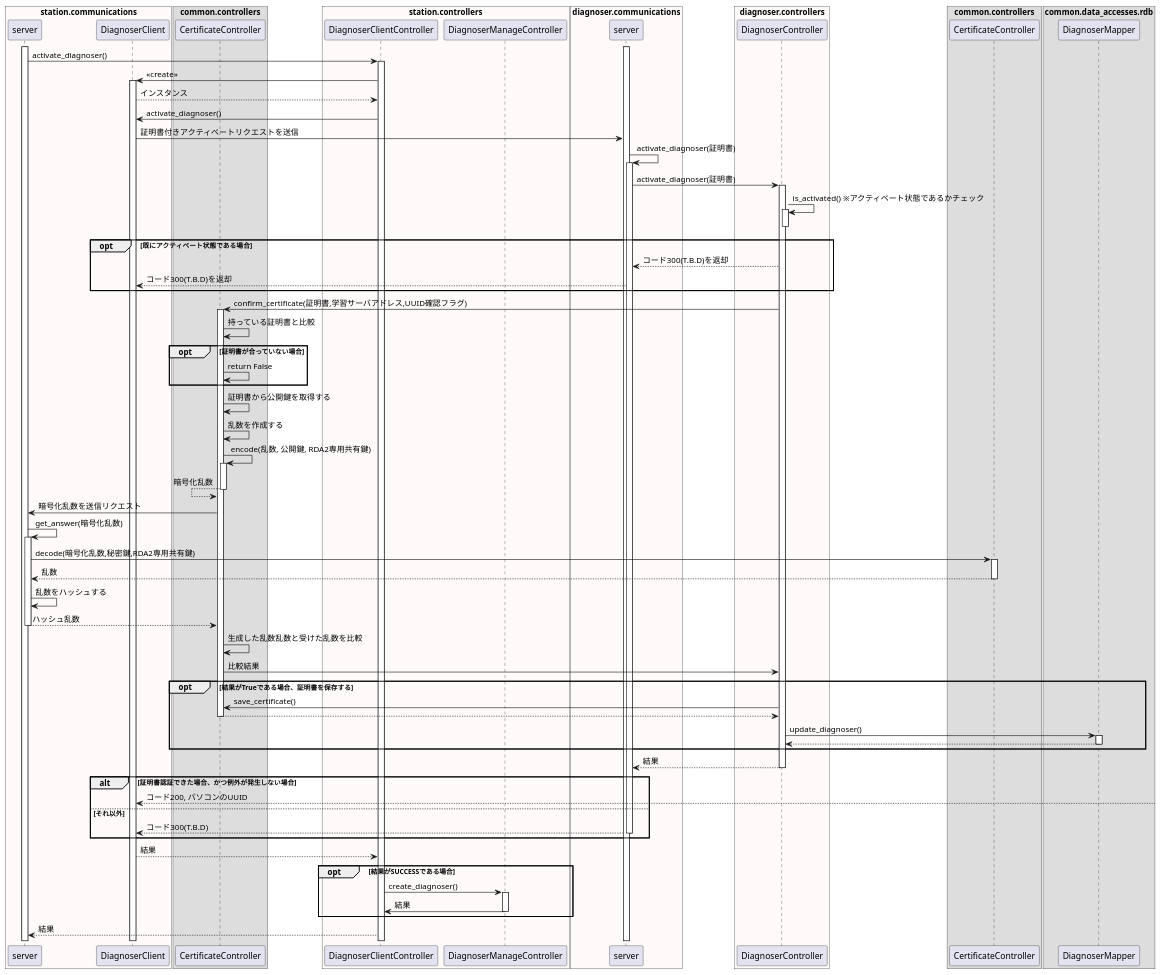
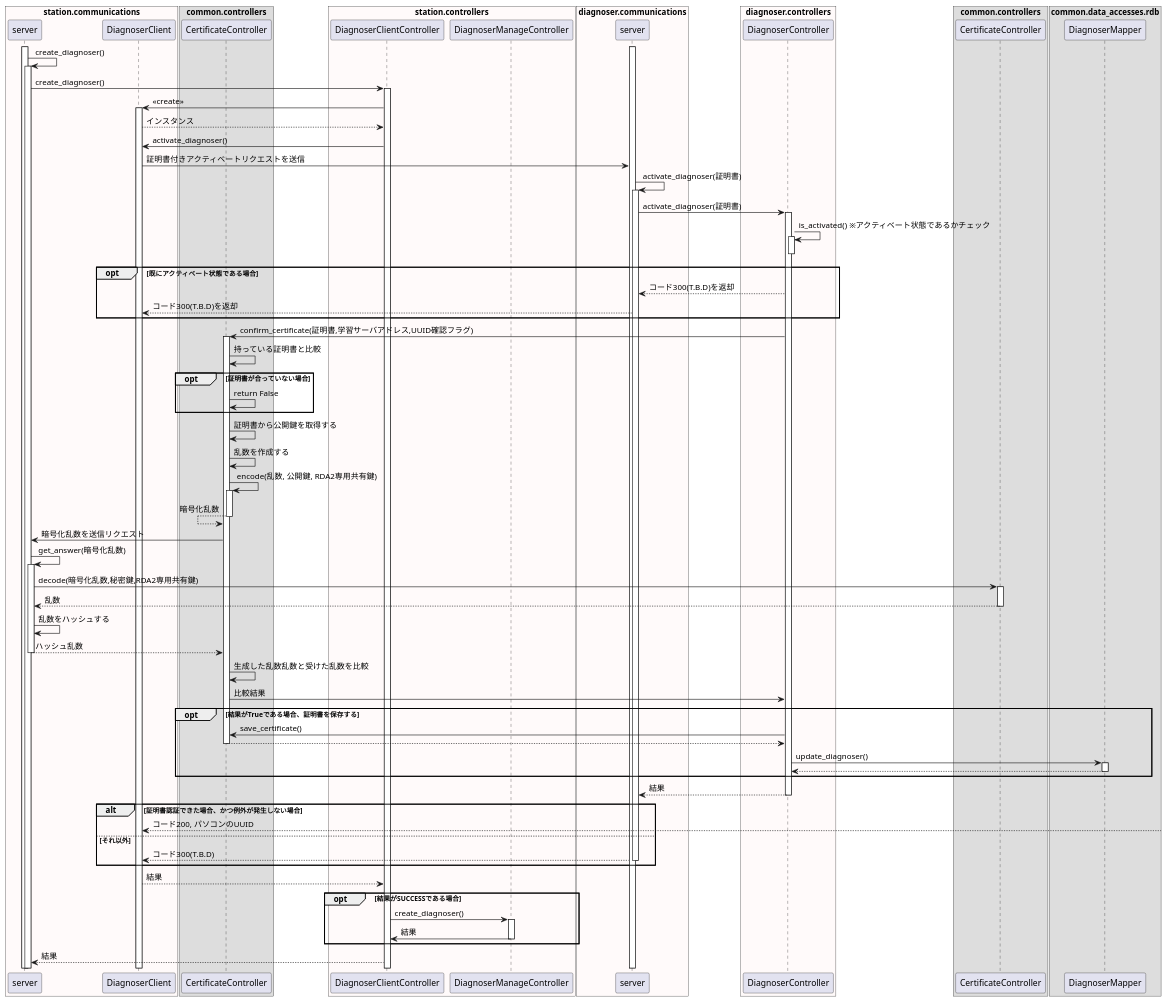
One commit to lengocsonit/puml changed the diagram in ライセンス＿シーケンス_診断機をアクティベート化する.pu. Above: the diagram before and after it, drawn with PlantUML. The commit also changed 1 other file, not shown here.

```diff
--- a/ライセンス＿シーケンス_診断機をアクティベート化する.pu
+++ b/ライセンス＿シーケンス_診断機をアクティベート化する.pu
@@ -2,221 +2,111 @@
 @startuml 診断機をアクティベートにする
-
-
-
-
 
 box "station.communications" #Snow
     participant server as stationserver
-
     participant DiagnoserClient as diagnoserclient
-
 end box
 
-
-
 box "common.controllers"
-
     participant CertificateController as certificatecontroller
-
 end box
 
-
-
 box "station.controllers" #Snow
-
     participant DiagnoserClientController as diagnoserclientcontroller
-
     participant DiagnoserManageController as diagnosermanagecontroller
-
 end box
 
-
-
 box "diagnoser.communications" #Snow
-
     participant server as diagnoserserver
-
 end box
 
-
-
 box "diagnoser.controllers" #Snow
-
     participant DiagnoserController as diagnosercontroller
-
+end box
+box "common.controllers"
+    participant "CertificateController" as certificatecontroller2
 end box
 
-
-
-box "common.controllers"
-
-    participant "CertificateController" as certificatecontroller2
-
+box "common.data_accesses.rdb"
+    participant DiagnoserMapper as diagnosermapper
 end box
 
-
-
-box "common.data_accesses.rdb"
-
-    participant DiagnoserMapper as diagnosermapper
-
-end box
-
-
-
 activate stationserver
-
 activate diagnoserserver
-
-stationserver -> diagnoserclientcontroller: activate_diagnoser()
-
+stationserver -> stationserver: create_diagnoser()
+activate stationserver
+stationserver -> diagnoserclientcontroller: create_diagnoser()
 activate diagnoserclientcontroller
-
     diagnoserclientcontroller -> diagnoserclient: <<create>>
-
     activate diagnoserclient
-
         diagnoserclient --> diagnoserclientcontroller: インスタンス
-
     diagnoserclientcontroller -> diagnoserclient: activate_diagnoser()
-
     diagnoserclient -> diagnoserserver: 証明書付きアクティベートリクエストを送信
-
     diagnoserserver -> diagnoserserver: activate_diagnoser(証明書)
-
     activate diagnoserserver
-
     diagnoserserver -> diagnosercontroller: activate_diagnoser(証明書)
-
     activate diagnosercontroller
-
     diagnosercontroller -> diagnosercontroller: is_activated() ※アクティベート状態であるかチェック
-
     activate diagnosercontroller
 
     deactivate diagnosercontroller
 
     opt 既にアクティベート状態である場合
-
         diagnoserserver <-- diagnosercontroller: コード300(T.B.D)を返却
-
         diagnoserclient <-- diagnoserserver: コード300(T.B.D)を返却
-
     end opt
 
-
-
-
-
 diagnosercontroller -> certificatecontroller: confirm_certificate(証明書,学習サーバアドレス,UUID確認フラグ)
-
 activate certificatecontroller
-
 certificatecontroller -> certificatecontroller: 持っている証明書と比較
-
 opt 証明書が合っていない場合
-
     certificatecontroller -> certificatecontroller: return False
-
+end opt
+certificatecontroller -> certificatecontroller: 証明書から公開鍵を取得する
+certificatecontroller -> certificatecontroller: 乱数を作成する
+certificatecontroller -> certificatecontroller: encode(乱数, 公開鍵, RDA2専用共有鍵)
+activate certificatecontroller
+    certificatecontroller <-- certificatecontroller: 暗号化乱数
+deactivate certificatecontroller
+certificatecontroller -> stationserver: 暗号化乱数を送信リクエスト
+stationserver -> stationserver: get_answer(暗号化乱数)
+activate stationserver
+    stationserver -> certificatecontroller2: decode(暗号化乱数,秘密鍵,RDA2専用共有鍵)
+activate certificatecontroller2
+    stationserver <-- certificatecontroller2: 乱数
+deactivate certificatecontroller2
+stationserver -> stationserver: 乱数をハッシュする
+certificatecontroller <-- stationserver: ハッシュ乱数
+deactivate stationserver
+certificatecontroller -> certificatecontroller: 生成した乱数乱数と受けた乱数を比較
+certificatecontroller -> diagnosercontroller: 比較結果
+opt 結果がTrueである場合、証明書を保存する
+diagnosercontroller -> certificatecontroller: save_certificate()
+certificatecontroller --> diagnosercontroller:
+deactivate certificatecontroller
+diagnosercontroller -> diagnosermapper: update_diagnoser()
+activate diagnosermapper
+diagnosercontroller <-- diagnosermapper: 
+deactivate diagnosermapper
+deactivate certificatecontroller
 end opt
 
-certificatecontroller -> certificatecontroller: 証明書から公開鍵を取得する
-
-certificatecontroller -> certificatecontroller: 乱数を作成する
-
-certificatecontroller -> certificatecontroller: encode(乱数, 公開鍵, RDA2専用共有鍵)
-
-activate certificatecontroller
-
-    certificatecontroller <-- certificatecontroller: 暗号化乱数
-
-deactivate certificatecontroller
-
-certificatecontroller -> stationserver: 暗号化乱数を送信リクエスト
-
-stationserver -> stationserver: get_answer(暗号化乱数)
-
-activate stationserver
-
-    stationserver -> certificatecontroller2: decode(暗号化乱数,秘密鍵,RDA2専用共有鍵)
-
-activate certificatecontroller2
-
-    stationserver <-- certificatecontroller2: 乱数
-
-deactivate certificatecontroller2
-
-stationserver -> stationserver: 乱数をハッシュする
-
-certificatecontroller <-- stationserver: ハッシュ乱数
-
-deactivate stationserver
-
-certificatecontroller -> certificatecontroller: 生成した乱数乱数と受けた乱数を比較
-
-certificatecontroller -> diagnosercontroller: 比較結果
-
-opt 結果がTrueである場合、証明書を保存する
-
-diagnosercontroller -> certificatecontroller: save_certificate()
-
-certificatecontroller --> diagnosercontroller:
-deactivate certificatecontroller
-
-diagnosercontroller -> diagnosermapper: update_diagnoser()
-
-activate diagnosermapper
-
-diagnosercontroller <-- diagnosermapper: 
-
-deactivate diagnosermapper
-
-deactivate certificatecontroller
-
-end opt
-
-
-
 diagnoserserver <-- diagnosercontroller: 結果
-
 deactivate diagnosercontroller
 
-
-
 alt 証明書認証できた場合、かつ例外が発生しない場合
-
     diagnoserclient <-- : コード200, パソコンのUUID
-
 else それ以外
-
     diagnoserclient <-- diagnoserserver: コード300(T.B.D)
-
     deactivate diagnoserserver
-
 end alt
-
-
-
-
 
 diagnoserclient --> diagnoserclientcontroller: 結果
 
 opt 結果がSUCCESSである場合
-
     diagnoserclientcontroller -> diagnosermanagecontroller: create_diagnoser()
-
     activate diagnosermanagecontroller
-
     diagnoserclientcontroller <- diagnosermanagecontroller: 結果
-
     deactivate diagnosermanagecontroller
-
 end
-
-
-
 stationserver <-- diagnoserclientcontroller: 結果
-
-
-
 @enduml
```
